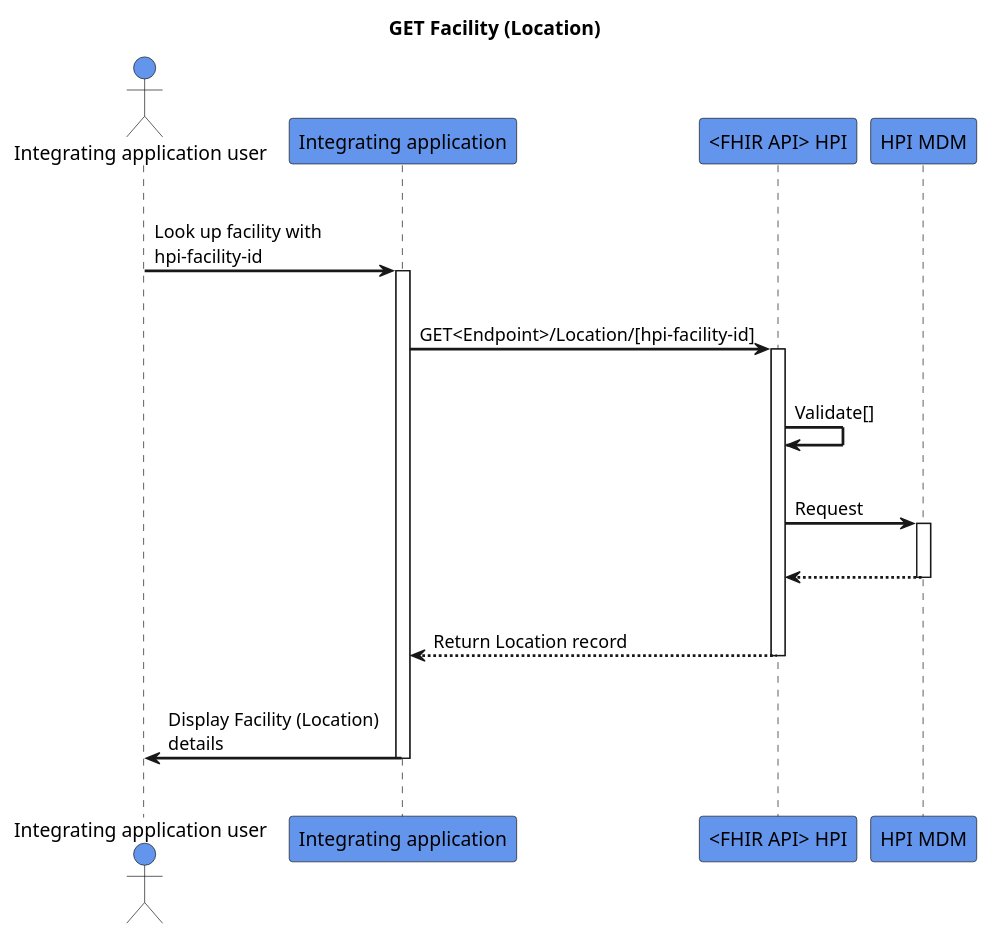
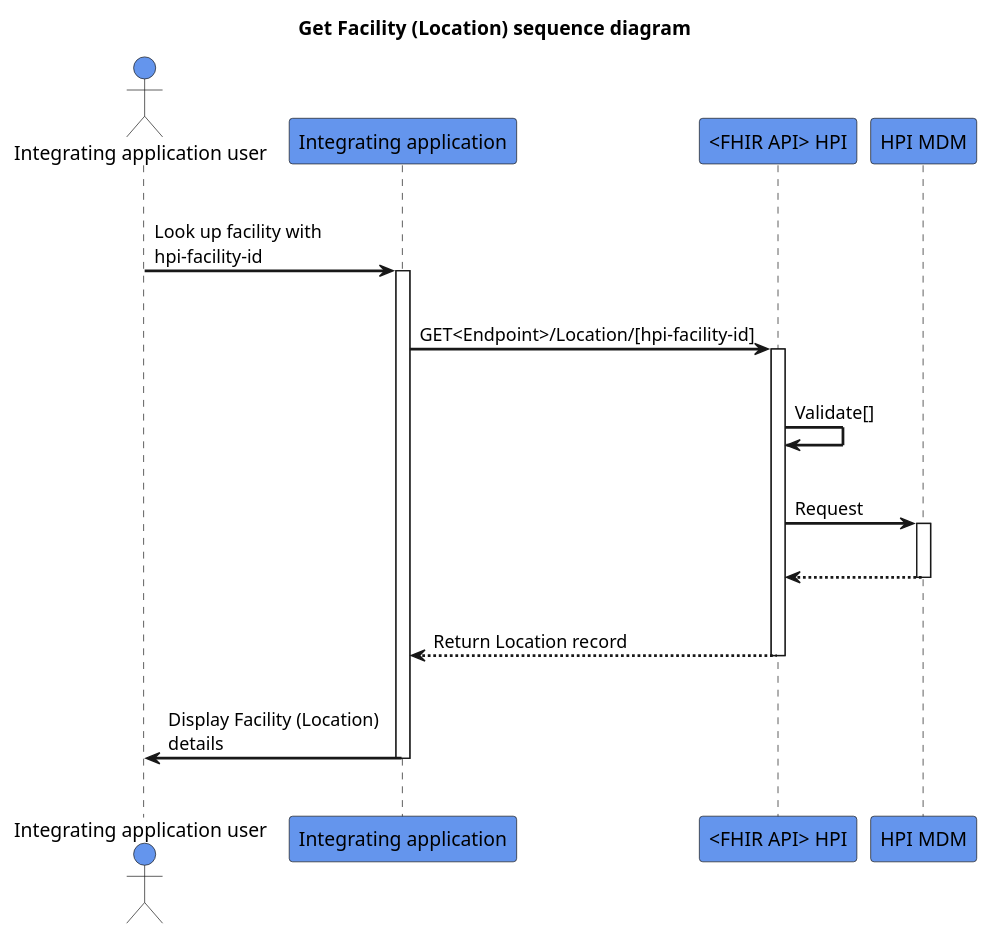
The diagram in input/images-source/get-location.plantuml (HL7NZ/hpi), drawn with PlantUML before and after one commit.

```diff
--- a/input/images-source/get-location.plantuml
+++ b/input/images-source/get-location.plantuml
@@ -1,33 +1,33 @@
 @startuml
 skinparam sequenceArrowThickness 2
 skinparam roundcorner 5
 skinparam maxmessagesize 180
 skinparam sequenceParticipant bold
-title GET Facility (Location) 
+title Get Facility (Location) sequence diagram
 actor "Integrating application user" as User #CornflowerBlue
 participant "Integrating application" as A #CornflowerBlue
 participant "<FHIR API> HPI" as B #CornflowerBlue
 participant "HPI MDM" as C #CornflowerBlue
 |||
 User -> A: Look up facility with hpi-facility-id
 activate A
 |||
 A -> B: GET<Endpoint>/Location/[hpi-facility-id]
 activate B
 |||
 B -> B: Validate[]
 |||
 B -> C: Request
 activate C
 |||
 
 C -[dashed]-> B:  
 deactivate C
 |||
 B -[dashed]-> A:Return Location record
 deactivate B
 |||
 A -> User: Display Facility (Location) details
 deactivate A
 |||
 @enduml
```
